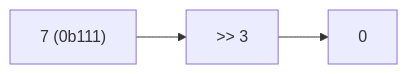
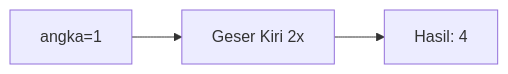
Diagram 15 of 25 in part-c-pemahaman-cpp/06-bitwise/latihan/set-12.md (amnahwaida/OSNK_INF_PREP), drawn with Mermaid before and after one commit. The commit also changed other lines of this file and 71 other files, not shown here.

````diff
--- a/part-c-pemahaman-cpp/06-bitwise/latihan/set-12.md
+++ b/part-c-pemahaman-cpp/06-bitwise/latihan/set-12.md
@@ -392,5 +402,5 @@
 ```mermaid
 graph LR
-A["7 (0b111)"] --> B[">> 3"]
-B --> C["0"]
+A["angka=1"] --> B["Geser Kiri 2x"]
+B --> C["Hasil: 4"]
 ```
````
